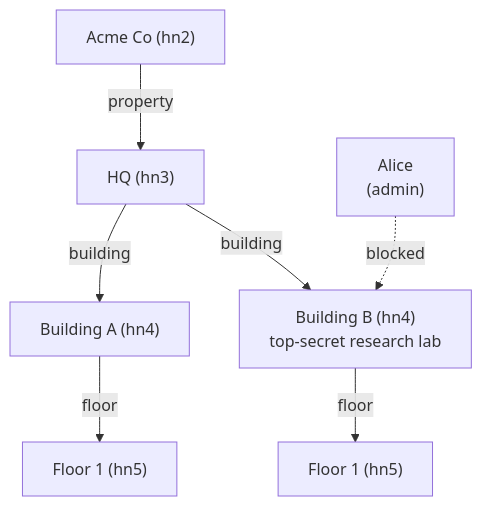
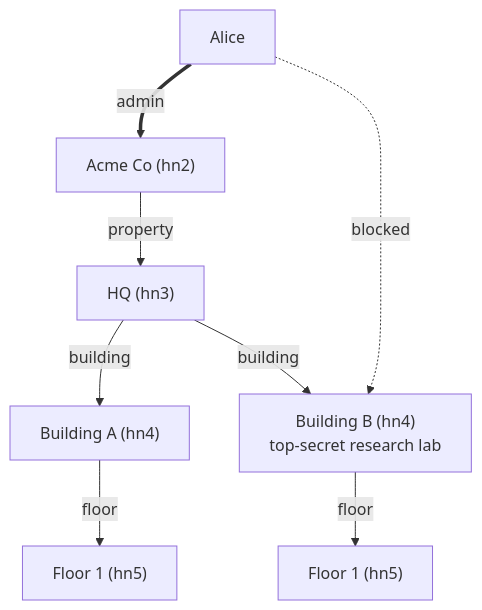
Before and after one commit to surt666/ems_rust: the diagram in docs/architecture.md, drawn with Mermaid. The commit also changed other lines of this file and 1 other file, not shown here.

First line of the commit message:
docs: model Alice's admin role as a grant edge on Acme Co

````diff
--- a/docs/architecture.md
+++ b/docs/architecture.md
@@ -383,10 +384,11 @@
 ```mermaid
 graph TD
   C["Acme Co (hn2)"] -->|property| HQ["HQ (hn3)"]
   HQ -->|building| B1["Building A (hn4)"]
   HQ -->|building| B2["Building B (hn4)<br/>top-secret research lab"]
   B1 -->|floor| F1["Floor 1 (hn5)"]
   B2 -->|floor| F2["Floor 1 (hn5)"]
 
-  U["Alice<br/>(admin)"] -.->|blocked| B2
+  U["Alice"] ==>|admin| C
+  U -.->|blocked| B2
 ```
````
